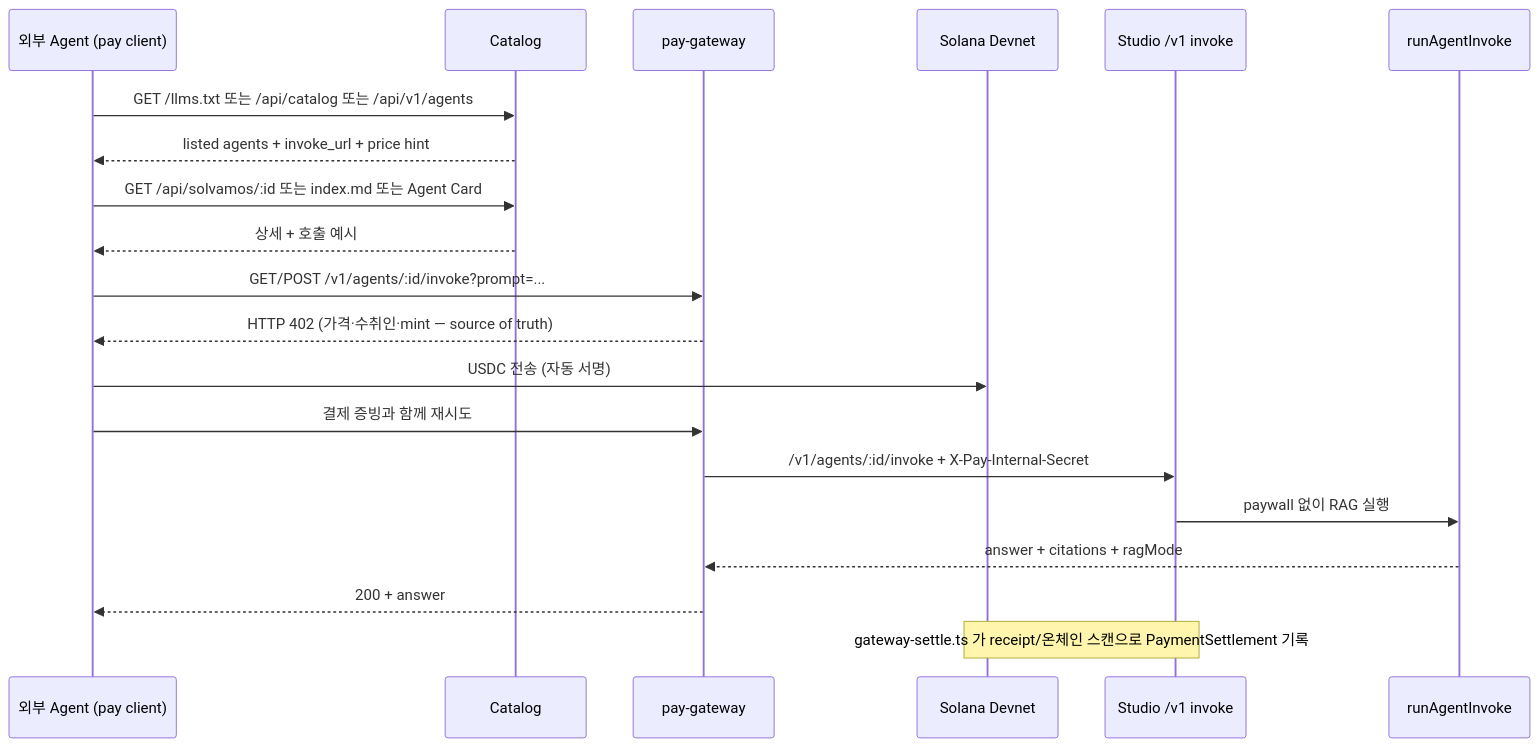
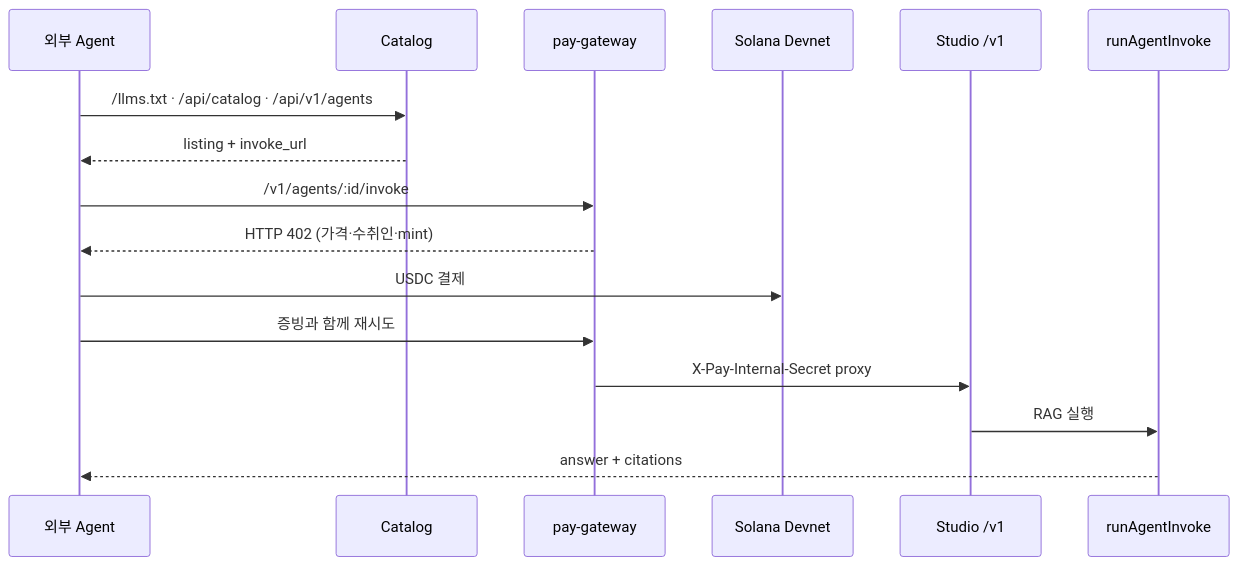
One commit to minvamos/solvamos-studio changed the second of 2 diagrams in README.md. Above: the diagram before and after it, drawn with Mermaid. The commit also changed other lines of this file, not shown here.

````diff
--- a/README.md
+++ b/README.md
@@ -176,23 +144,19 @@
 ```mermaid
 sequenceDiagram
-  participant A as 외부 Agent (pay client)
+  participant A as 외부 Agent
   participant C as Catalog
   participant G as pay-gateway
   participant SOL as Solana Devnet
-  participant S as Studio /v1 invoke
+  participant S as Studio /v1
   participant R as runAgentInvoke
 
-  A->>C: GET /llms.txt 또는 /api/catalog 또는 /api/v1/agents
-  C-->>A: listed agents + invoke_url + price hint
-  A->>C: GET /api/solvamos/:id 또는 index.md 또는 Agent Card
-  C-->>A: 상세 + 호출 예시
-  A->>G: GET/POST /v1/agents/:id/invoke?prompt=...
-  G-->>A: HTTP 402 (가격·수취인·mint — source of truth)
-  A->>SOL: USDC 전송 (자동 서명)
-  A->>G: 결제 증빙과 함께 재시도
-  G->>S: /v1/agents/:id/invoke + X-Pay-Internal-Secret
-  S->>R: paywall 없이 RAG 실행
-  R-->>G: answer + citations + ragMode
-  G-->>A: 200 + answer
-  Note over S,SOL: gateway-settle.ts 가 receipt/온체인 스캔으로 PaymentSettlement 기록
+  A->>C: /llms.txt · /api/catalog · /api/v1/agents
+  C-->>A: listing + invoke_url
+  A->>G: /v1/agents/:id/invoke
+  G-->>A: HTTP 402 (가격·수취인·mint)
+  A->>SOL: USDC 결제
+  A->>G: 증빙과 함께 재시도
+  G->>S: X-Pay-Internal-Secret proxy
+  S->>R: RAG 실행
+  R-->>A: answer + citations
 ```
````
